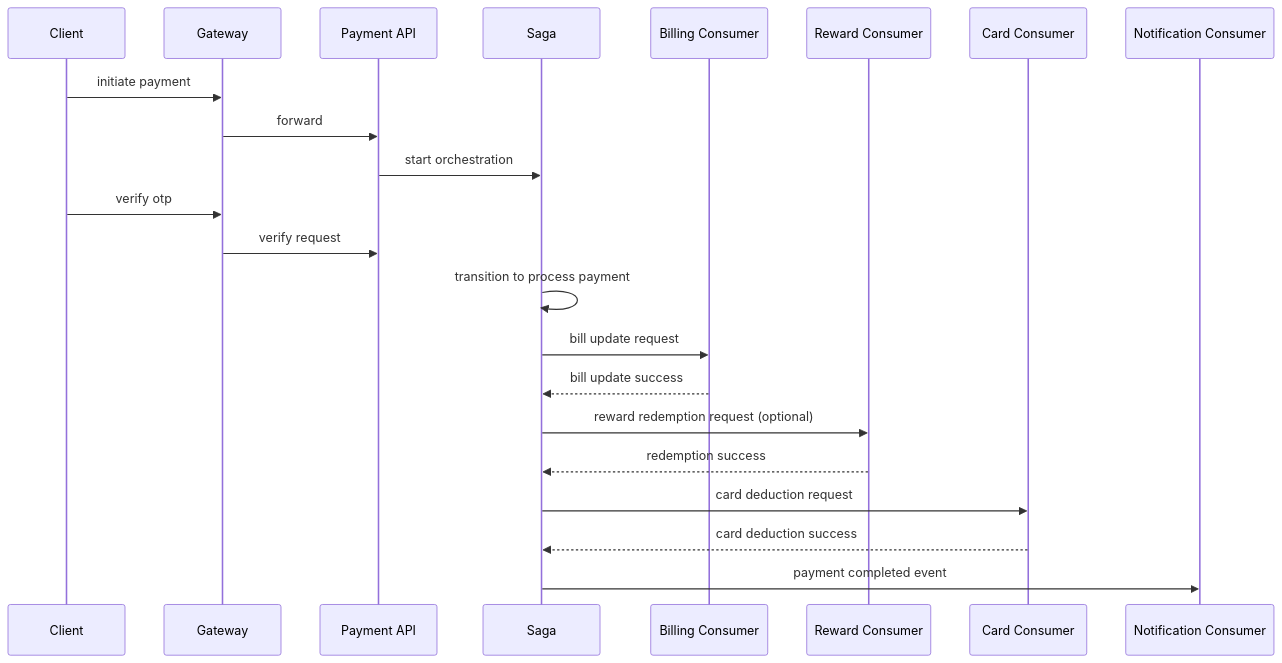
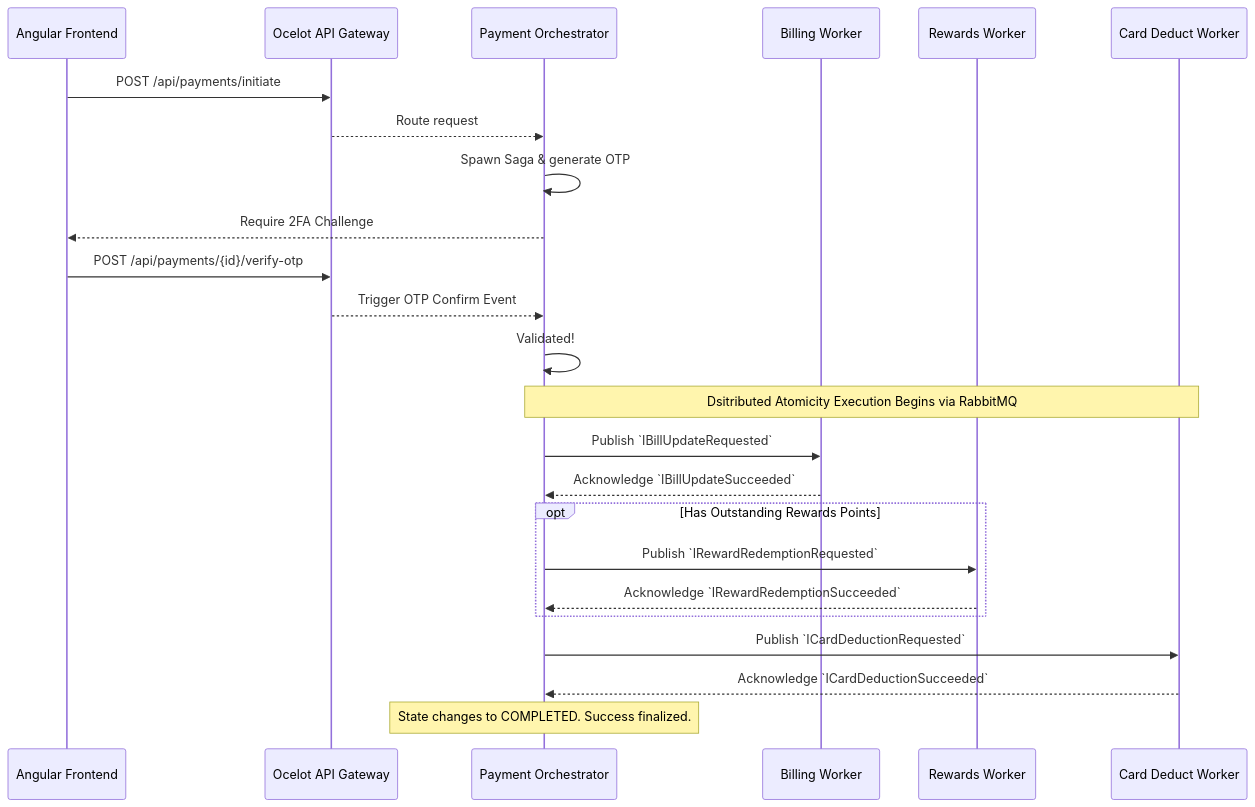
One commit to TirtharajBarma/cred-vault changed the eighth of 9 diagrams in src/docs/LLD.md. Above: the diagram before and after it, drawn with Mermaid. The commit also changed other lines of this file and 17 other files, not shown here.

````diff
--- a/src/docs/LLD.md
+++ b/src/docs/LLD.md
@@ -629,25 +415,33 @@
 ```mermaid
 sequenceDiagram
-    participant UI as Client
-    participant GW as Gateway
-    participant PA as Payment API
-    participant SG as Saga
-    participant BI as Billing Consumer
-    participant RS as Reward Consumer
-    participant CA as Card Consumer
-    participant NO as Notification Consumer
+    participant UI as Angular Frontend
+    participant GW as Ocelot API Gateway
+    participant PA as Payment Orchestrator
+    participant BI as Billing Worker
+    participant RW as Rewards Worker
+    participant CA as Card Deduct Worker
 
-    UI->>GW: initiate payment
-    GW->>PA: forward
-    PA->>SG: start orchestration
-    UI->>GW: verify otp
-    GW->>PA: verify request
-    SG->>SG: transition to process payment
-    SG->>BI: bill update request
-    BI-->>SG: bill update success
-    SG->>RS: reward redemption request (optional)
-    RS-->>SG: redemption success
-    SG->>CA: card deduction request
-    CA-->>SG: card deduction success
-    SG->>NO: payment completed event
+    UI->>GW: POST /api/payments/initiate
+    GW-->>PA: Route request
+    PA->>PA: Spawn Saga & generate OTP
+    PA-->>UI: Require 2FA Challenge
+
+    UI->>GW: POST /api/payments/{id}/verify-otp
+    GW-->>PA: Trigger OTP Confirm Event
+    PA->>PA: Validated!
+
+    Note over PA, CA: Dsitributed Atomicity Execution Begins via RabbitMQ
+
+    PA->>BI: Publish `IBillUpdateRequested`
+    BI-->>PA: Acknowledge `IBillUpdateSucceeded`
+    
+    opt Has Outstanding Rewards Points
+        PA->>RW: Publish `IRewardRedemptionRequested`
+        RW-->>PA: Acknowledge `IRewardRedemptionSucceeded`
+    end
+
+    PA->>CA: Publish `ICardDeductionRequested`
+    CA-->>PA: Acknowledge `ICardDeductionSucceeded`
+    
+    Note over PA: State changes to COMPLETED. Success finalized.
 ```
````
